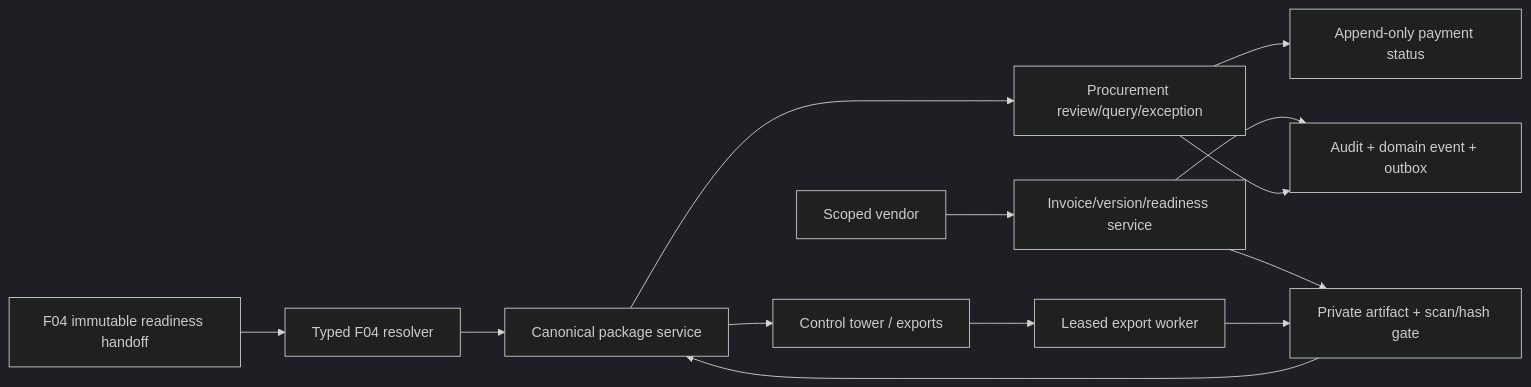
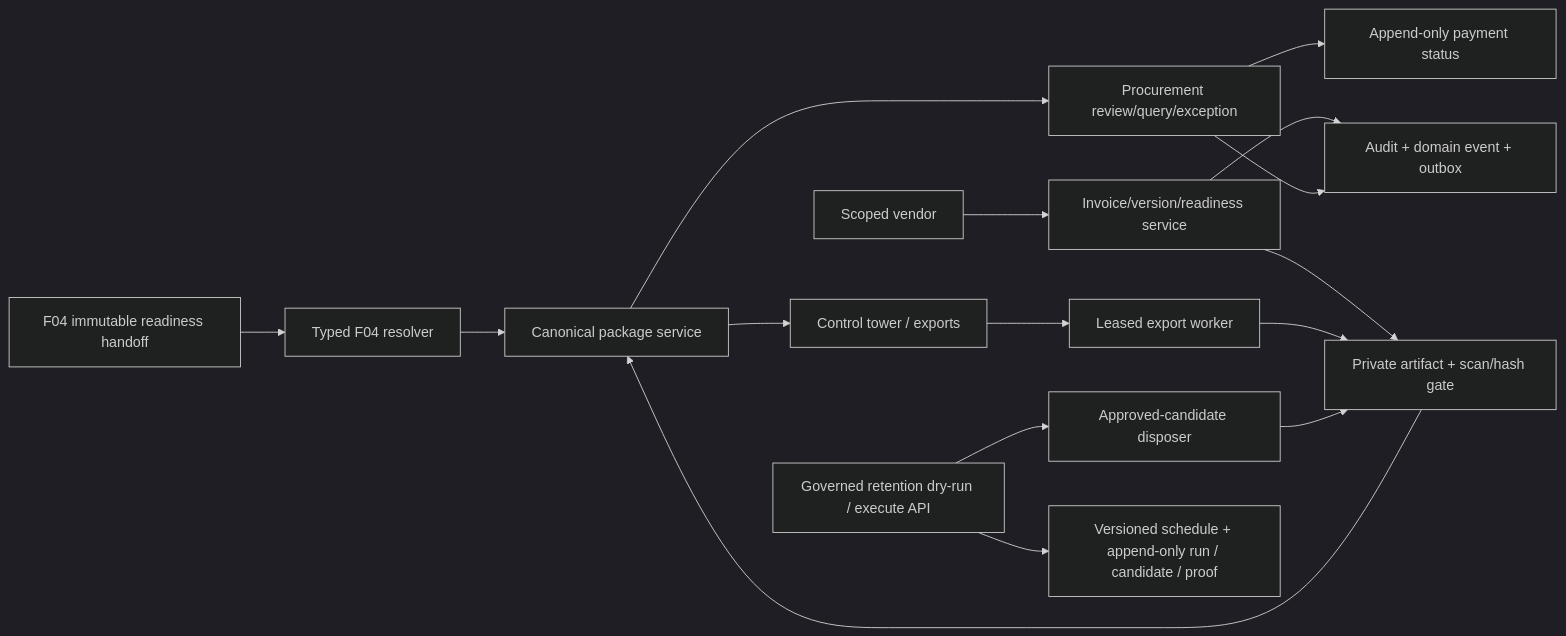
The diagram in docs/features/05-evidence-invoice-reporting/ARCHITECTURE.md (arpanm/vms-workflow), drawn with Mermaid (dark theme) before and after one commit. The commit also changed other lines of this file and 69 other files, not shown here.

````diff
--- a/docs/features/05-evidence-invoice-reporting/ARCHITECTURE.md
+++ b/docs/features/05-evidence-invoice-reporting/ARCHITECTURE.md
@@ -3,15 +3,18 @@
 ```mermaid
 flowchart LR
   F04["F04 immutable readiness handoff"] --> Resolver["Typed F04 resolver"]
   Vendor["Scoped vendor"] --> Invoice["Invoice/version/readiness service"]
   Invoice --> Private["Private artifact + scan/hash gate"]
   Resolver --> Package["Canonical package service"]
   Private --> Package
   Package --> Proc["Procurement review/query/exception"]
   Proc --> Payment["Append-only payment status"]
   Package --> Reports["Control tower / exports"]
   Invoice --> Journal["Audit + domain event + outbox"]
   Proc --> Journal
   Reports --> Worker["Leased export worker"]
   Worker --> Private
+  Retention["Governed retention dry-run / execute API"] --> Disposer["Approved-candidate disposer"]
+  Disposer --> Private
+  Retention --> Ledger["Versioned schedule + append-only run / candidate / proof"]
 ```
````
